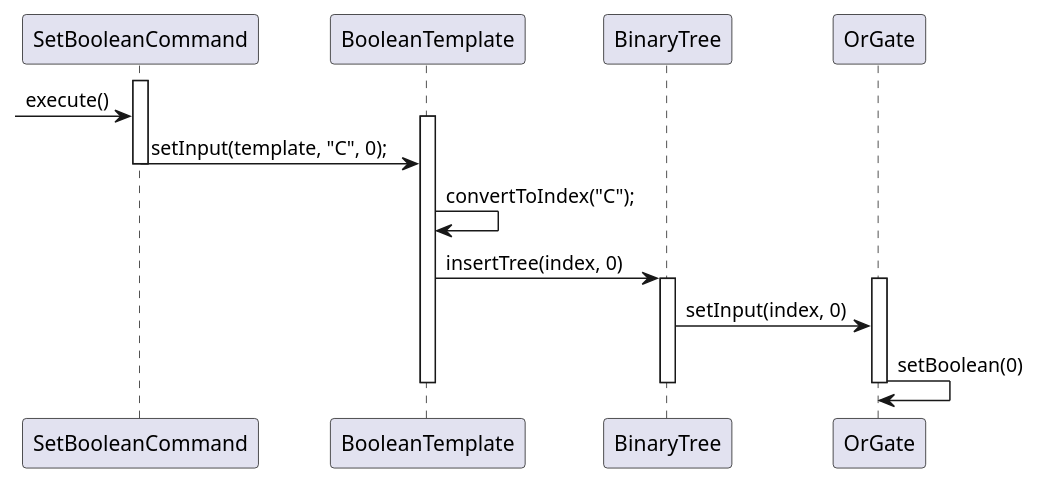
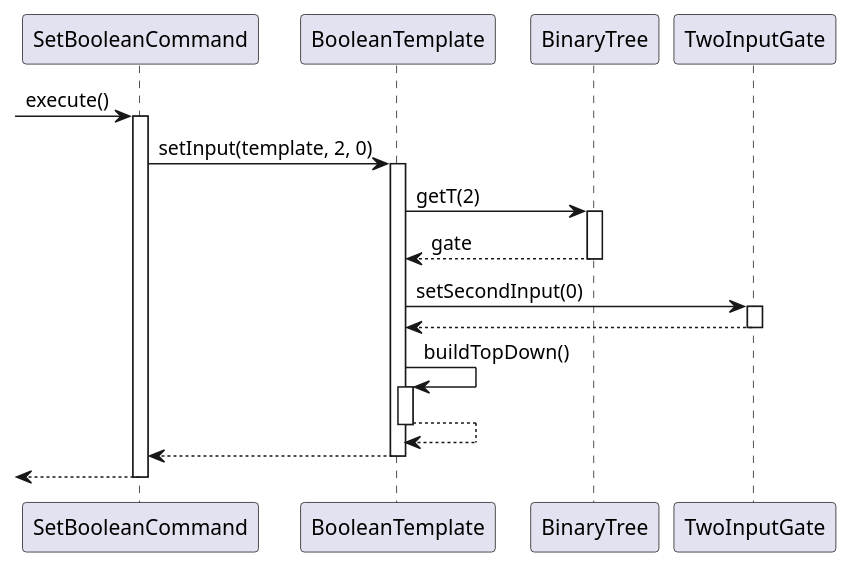
Before and after one commit to sevenseasofbri/tp: the diagram in docs/diagrams/SetBooleanCommand.puml, drawn with PlantUML.

```diff
--- a/docs/diagrams/SetBooleanCommand.puml
+++ b/docs/diagrams/SetBooleanCommand.puml
@@ -1,24 +1,31 @@
 @startuml
+[-> SetBooleanCommand : execute()
 activate SetBooleanCommand
 
-->SetBooleanCommand: execute()
-
+SetBooleanCommand -> BooleanTemplate : setInput(template, 2, 0)
 activate BooleanTemplate
 
-SetBooleanCommand -> BooleanTemplate: setInput(template, "C", 0);
+BooleanTemplate -> BinaryTree : getT(2)
+activate BinaryTree
+
+BinaryTree --> BooleanTemplate : gate
+deactivate BinaryTree
+
+BooleanTemplate -> TwoInputGate : setSecondInput(0)
+activate TwoInputGate
+
+TwoInputGate --> BooleanTemplate
+deactivate TwoInputGate
+
+BooleanTemplate -> BooleanTemplate : buildTopDown()
+activate BooleanTemplate
+
+BooleanTemplate --> BooleanTemplate
+deactivate BooleanTemplate
+
+BooleanTemplate --> SetBooleanCommand
+deactivate BooleanTemplate
+
+[<-- SetBooleanCommand
 deactivate SetBooleanCommand
-
-BooleanTemplate -> BooleanTemplate: convertToIndex("C");
-
-
-BooleanTemplate -> BinaryTree: insertTree(index, 0)
-activate BinaryTree
-activate OrGate
-
-BinaryTree -> OrGate: setInput(index, 0)
-
-OrGate -> OrGate: setBoolean(0)
-deactivate OrGate
-deactivate BinaryTree
-deactivate BooleanTemplate
 @enduml
```
